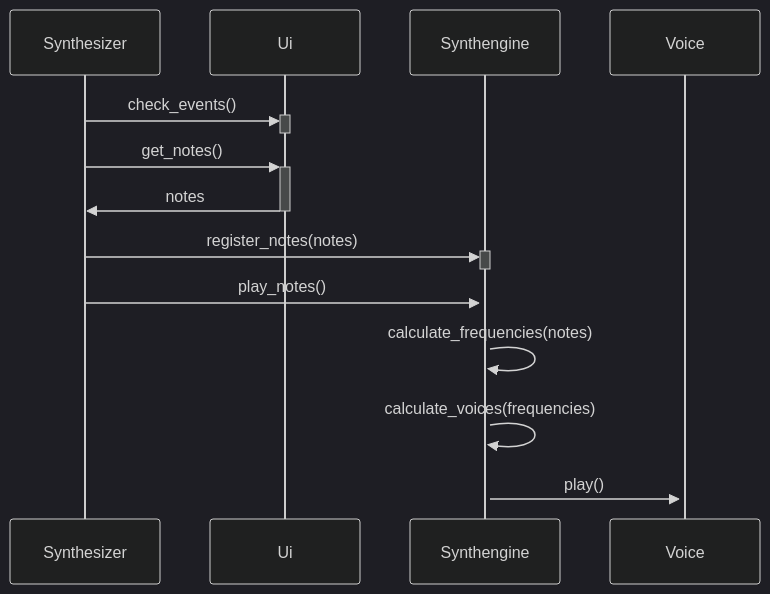
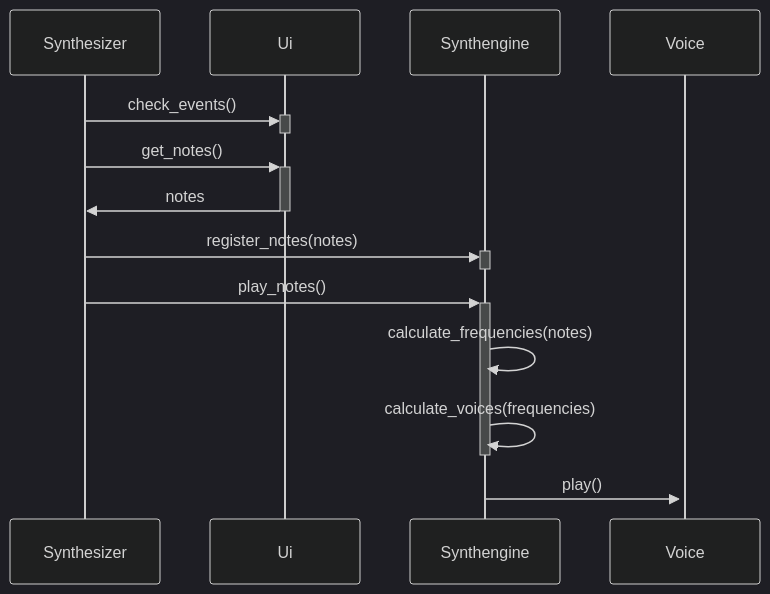
The second of 2 diagrams in dokumentaatio/arkkitehtuuri.md (rudolf-heiskanen/ot-harjoitustyo), drawn with Mermaid (dark theme) before and after one commit.

Commit message:
arkkitehtuuria

````diff
--- a/dokumentaatio/arkkitehtuuri.md
+++ b/dokumentaatio/arkkitehtuuri.md
@@ -29,14 +29,15 @@
 ```mermaid
 sequenceDiagram
     Synthesizer ->>+ Ui: check_events()
     deactivate Ui
     Synthesizer ->>+ Ui: get_notes()
     Ui ->>- Synthesizer: notes
     Synthesizer ->>+ Synthengine: register_notes(notes)
     deactivate Synthengine
     Synthesizer ->>+ Synthengine: play_notes()
     Synthengine ->> Synthengine: calculate_frequencies(notes)
     Synthengine ->> Synthengine: calculate_voices(frequencies)
+    deactivate Synthengine
     Synthengine ->>+ Voice: play()
     
 ```
````
